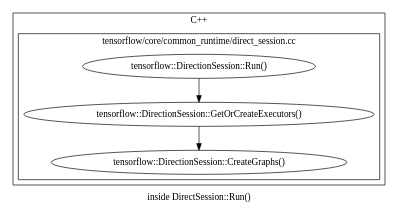
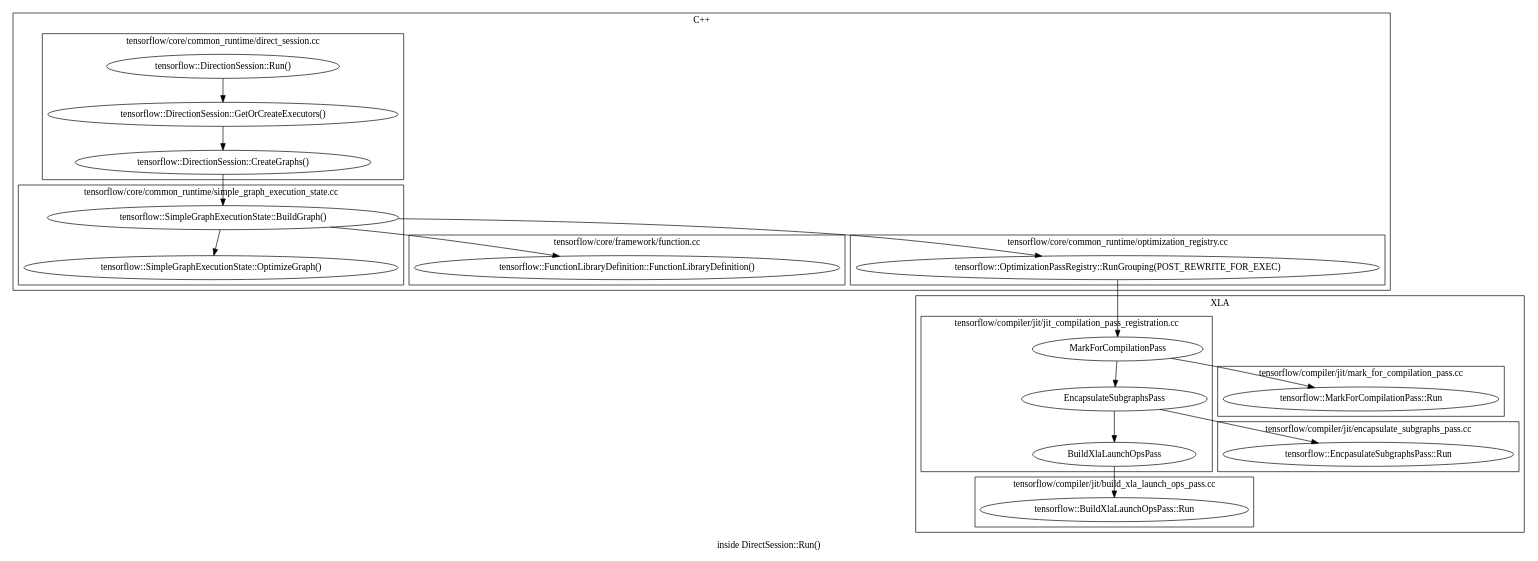
Before and after one commit to whchung/tf_trace: the diagram in 02.dot, drawn with Graphviz.

Commit message:
Improve 02.dot

```diff
--- a/02.dot
+++ b/02.dot
@@ -1,19 +1,91 @@
 digraph 01 {
   label = "inside DirectSession::Run()"
 
   subgraph cluster_cxx {
     label = "C++";
 
     subgraph cluster_direction_session_cc {
       label = "tensorflow/core/common_runtime/direct_session.cc";
       URL="https://github.com/ROCmSoftwarePlatform/tensorflow/blob/rocm-v1/tensorflow/core/common_runtime/direct_session.cc";
 
       00 [label="tensorflow::DirectionSession::Run()" URL="https://github.com/ROCmSoftwarePlatform/tensorflow/blob/rocm-v1/tensorflow/core/common_runtime/direct_session.cc#L431"];
       01 [label="tensorflow::DirectionSession::GetOrCreateExecutors()" URL="https://github.com/ROCmSoftwarePlatform/tensorflow/blob/rocm-v1/tensorflow/core/common_runtime/direct_session.cc#L1035"];
       02 [label="tensorflow::DirectionSession::CreateGraphs()" URL="https://github.com/ROCmSoftwarePlatform/tensorflow/blob/rocm-v1/tensorflow/core/common_runtime/direct_session.cc#L1255"];
 
       00 -> 01;
       01 -> 02;
     }
+
+    subgraph cluster_simple_graph_execution_state_cc {
+      label = "tensorflow/core/common_runtime/simple_graph_execution_state.cc";
+      URL="https://github.com/ROCmSoftwarePlatform/tensorflow/blob/rocm-v1/tensorflow/core/common_runtime/simple_graph_execution_state.cc";
+
+      03 [label="tensorflow::SimpleGraphExecutionState::BuildGraph()" URL="https://github.com/ROCmSoftwarePlatform/tensorflow/blob/rocm-v1/tensorflow/core/common_runtime/simple_graph_execution_state.cc#L376"];
+      04 [label="tensorflow::SimpleGraphExecutionState::OptimizeGraph()" URL="https://github.com/ROCmSoftwarePlatform/tensorflow/blob/rocm-v1/tensorflow/core/common_runtime/simple_graph_execution_state.cc#L290"];
+
+      02 -> 03;
+      03 -> 04;
+    }
+
+    subgraph cluster_function_cc {
+      label = "tensorflow/core/framework/function.cc";
+      URL="https://github.com/ROCmSoftwarePlatform/tensorflow/blob/rocm-v1/tensorflow/core/framework/function.cc";
+
+      05 [label="tensorflow::FunctionLibraryDefinition::FunctionLibraryDefinition()" URL="https://github.com/ROCmSoftwarePlatform/tensorflow/blob/rocm-v1/tensorflow/core/framework/function.cc#L878"];
+
+      03 -> 05;
+    }
+
+    subgraph cluster_optimization_registry_cc {
+      label = "tensorflow/core/common_runtime/optimization_registry.cc";
+      URL="https://github.com/ROCmSoftwarePlatform/tensorflow/blob/rocm-v1/tensorflow/core/common_runtime/optimization_registry.cc";
+
+      06 [label="tensorflow::OptimizationPassRegistry::RunGrouping(POST_REWRITE_FOR_EXEC)" URL="https://github.com/ROCmSoftwarePlatform/tensorflow/blob/rocm-v1/tensorflow/core/common_runtime/optimization_registry.cc#L47"];
+
+      03 -> 06;
+    }
+  }
+
+  subgraph cluster_XLA {
+    label = "XLA";
+
+    subgraph cluster_jit_compilation_pass_registration_cc {
+      label = "tensorflow/compiler/jit/jit_compilation_pass_registration.cc";
+      URL="https://github.com/ROCmSoftwarePlatform/tensorflow/blob/rocm-v1/tensorflow/compiler/jit/jit_compilation_pass_registration.cc";
+
+      07 [label="MarkForCompilationPass" URL="https://github.com/ROCmSoftwarePlatform/tensorflow/blob/rocm-v1/tensorflow/compiler/jit/jit_compilation_pass_registration.cc#L23"];
+      08 [label="EncapsulateSubgraphsPass" URL="https://github.com/ROCmSoftwarePlatform/tensorflow/blob/rocm-v1/tensorflow/compiler/jit/jit_compilation_pass_registration.cc#L30"];
+      09 [label="BuildXlaLaunchOpsPass" URL="https://github.com/ROCmSoftwarePlatform/tensorflow/blob/rocm-v1/tensorflow/compiler/jit/jit_compilation_pass_registration.cc#L34"];
+
+      06 -> 07 -> 08 -> 09;
+    }
+
+    subgraph cluster_mark_for_compilation_pass_cc {
+      label = "tensorflow/compiler/jit/mark_for_compilation_pass.cc";
+      URL="https://github.com/ROCmSoftwarePlatform/tensorflow/blob/rocm-v1/tensorflow/compiler/jit/mark_for_compilation_pass.cc";
+
+      10 [label="tensorflow::MarkForCompilationPass::Run" URL="https://github.com/ROCmSoftwarePlatform/tensorflow/blob/rocm-v1/tensorflow/compiler/jit/mark_for_compilation_pass.cc#L231"];
+
+      07 -> 10;
+    }
+
+    subgraph cluster_encapsulate_subgraph_pass_cc {
+      label = "tensorflow/compiler/jit/encapsulate_subgraphs_pass.cc";
+      URL="https://github.com/ROCmSoftwarePlatform/tensorflow/blob/rocm-v1/tensorflow/compiler/jit/encapsulate_subgraphs_pass.cc";
+
+      11 [label="tensorflow::EncpasulateSubgraphsPass::Run" URL="https://github.com/ROCmSoftwarePlatform/tensorflow/blob/rocm-v1/tensorflow/compiler/jit/encapsulate_subgraphs_pass.cc#L613"];
+
+      08 -> 11;
+    }
+
+    subgraph cluster_build_xla_launch_ops_pass_cc {
+      label = "tensorflow/compiler/jit/build_xla_launch_ops_pass.cc";
+      URL="https://github.com/ROCmSoftwarePlatform/tensorflow/blob/rocm-v1/tensorflow/compiler/jit/build_xla_launch_ops_pass.cc";
+
+      12 [label="tensorflow::BuildXlaLaunchOpsPass::Run" URL="https://github.com/ROCmSoftwarePlatform/tensorflow/blob/rocm-v1/tensorflow/compiler/jit/build_xla_launch_ops_pass.cc#L123"];
+
+      09 -> 12;
+    }
+
   }
 }
```
